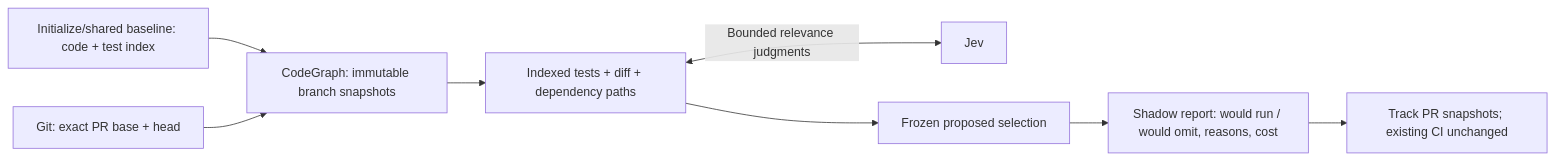
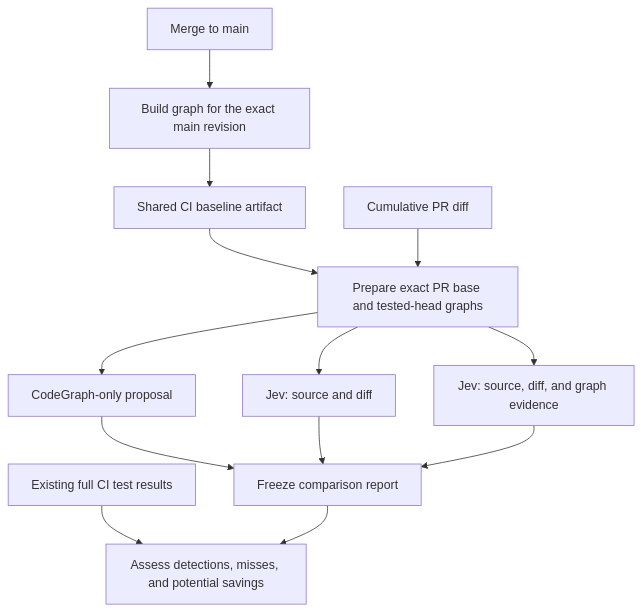
The diagram in README.md (ronaldtebrake/faultline), drawn with Mermaid before and after one commit. The commit also changed other lines of this file and 23 other files, not shown here.

Commit message:
Establish a value-first CodeGraph and Jev benchmark

````diff
--- a/README.md
+++ b/README.md
@@ -25,10 +29,15 @@
 ```mermaid
-flowchart LR
-    B["Initialize/shared baseline: code + test index"] --> CGraph["CodeGraph: immutable branch snapshots"]
-    G["Git: exact PR base + head"] --> CGraph
-    CGraph --> F["Indexed tests + diff + dependency paths"]
-    F <-->|"Bounded relevance judgments"| J["Jev"]
-    F --> S["Frozen proposed selection"]
-    S --> R["Shadow report: would run / would omit, reasons, cost"]
-    R --> H["Track PR snapshots; existing CI unchanged"]
+flowchart TD
+    MAIN["Merge to main"] --> BUILD["Build graph for the exact main revision"]
+    BUILD --> STORE["Shared CI baseline artifact"]
+    STORE --> PR["Prepare exact PR base and tested-head graphs"]
+    DIFF["Cumulative PR diff"] --> PR
+    PR --> GRAPH["CodeGraph-only proposal"]
+    PR --> JEV["Jev: source and diff"]
+    PR --> BOTH["Jev: source, diff, and graph evidence"]
+    GRAPH --> REPORT["Freeze comparison report"]
+    JEV --> REPORT
+    BOTH --> REPORT
+    CI["Existing full CI test results"] --> ASSESS["Assess detections, misses, and potential savings"]
+    REPORT --> ASSESS
 ```
````
